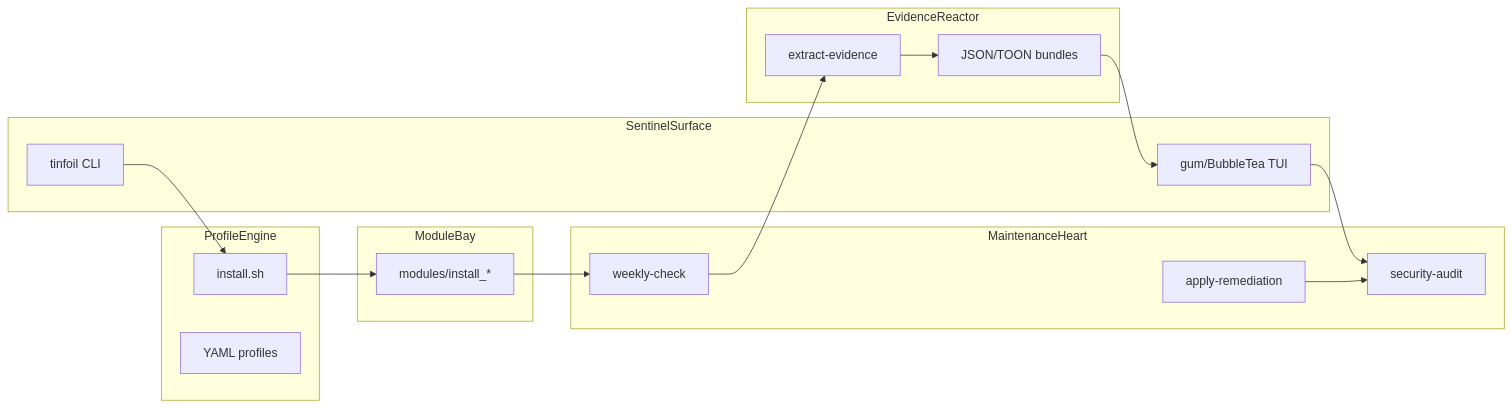
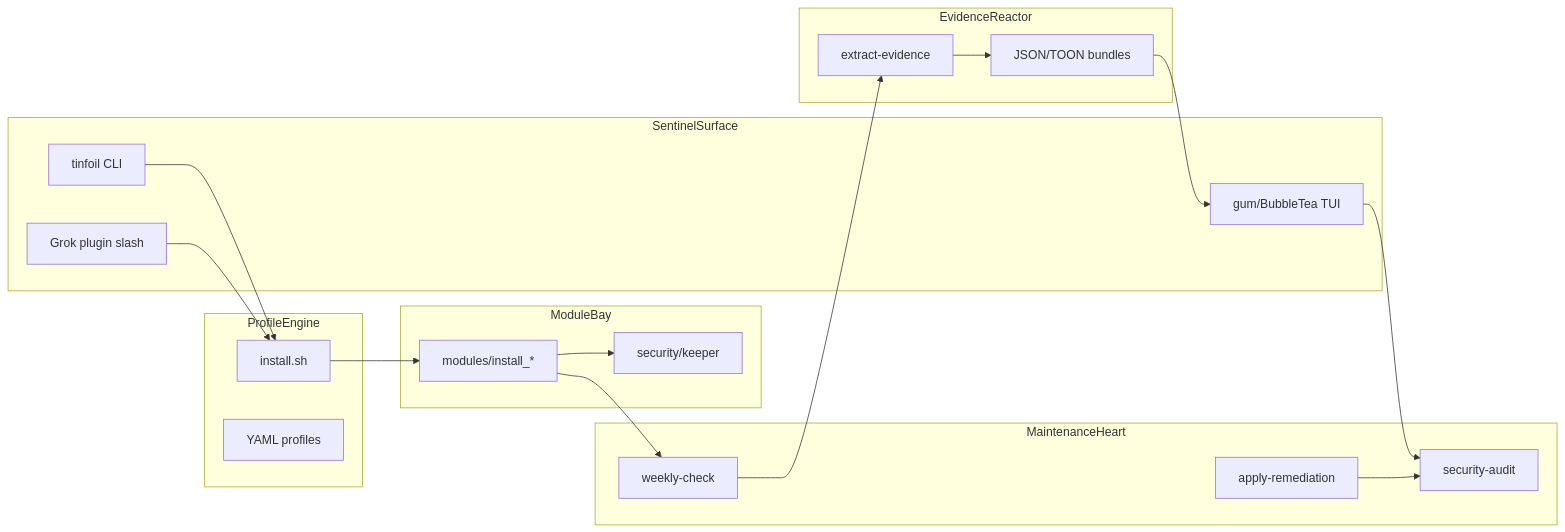
One commit to p10ns11y/arch-machine changed the first of 6 diagrams in arch-design/coming-next.md. Above: the diagram before and after it, drawn with Mermaid. The commit also changed other lines of this file and 4 other files, not shown here.

First line of the commit message:
docs(arch-design): stellar-roadmap keeper architecture + SN-KEEP backlog

````diff
--- a/arch-design/coming-next.md
+++ b/arch-design/coming-next.md
@@ -9,31 +12,35 @@
 ```mermaid
 flowchart LR
   subgraph sentinel [SentinelSurface]
     CLI[tinfoil CLI]
     TUI[gum/BubbleTea TUI]
+    Grok[Grok plugin slash]
   end
   subgraph engine [ProfileEngine]
     Install[install.sh]
     Profiles[YAML profiles]
   end
   subgraph bays [ModuleBay]
     Mods[modules/install_*]
+    Keeper[security/keeper]
   end
   subgraph heart [MaintenanceHeart]
     Audit[security-audit]
     Weekly[weekly-check]
     Remediate[apply-remediation]
   end
   subgraph loop [EvidenceReactor]
     Extract[extract-evidence]
     Bundles[JSON/TOON bundles]
   end
   CLI --> Install
+  Grok --> Install
   TUI --> Audit
   Install --> Mods
+  Mods --> Keeper
   Mods --> Weekly
   Weekly --> Extract
   Extract --> Bundles
   Bundles --> TUI
   Remediate --> Audit
 ```
````
